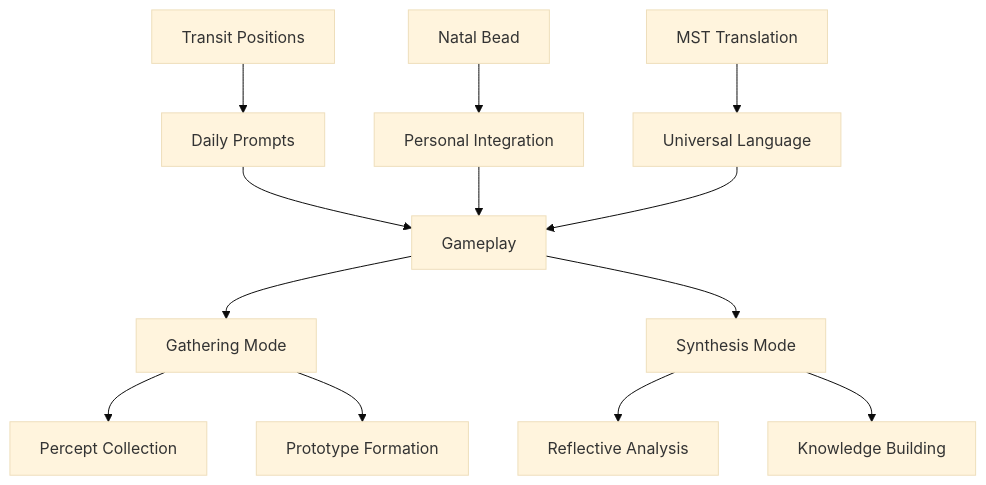
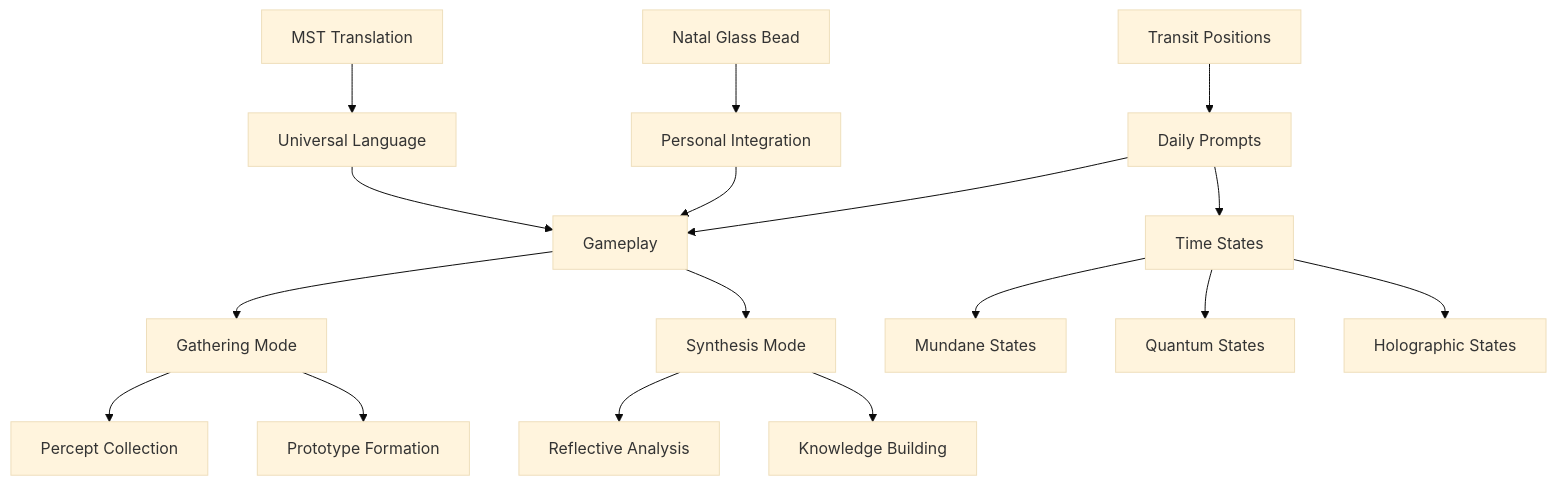
One commit to heavyblotto/memorativa changed the second of 5 diagrams in docs/2. the cybernetic system/memorativa-2-23-gameplay.md. Above: the diagram before and after it, drawn with Mermaid (base theme). The commit also changed other lines of this file and 8 other files, not shown here.

````diff
--- a/docs/2. the cybernetic system/memorativa-2-23-gameplay.md
+++ b/docs/2. the cybernetic system/memorativa-2-23-gameplay.md
@@ -78,19 +187,24 @@
 ```mermaid
 graph TD
     TP[Transit Positions] --> DP[Daily Prompts]
-    NB[Natal Bead] --> PI[Personal Integration]
+    NB[Natal Glass Bead] --> PI[Personal Integration]
     MST[MST Translation] --> UL[Universal Language]
     
     DP --> GP[Gameplay]
     PI --> GP
     UL --> GP
     
     GP --> GM[Gathering Mode]
     GP --> SM[Synthesis Mode]
     
     GM --> PC[Percept Collection]
     GM --> PF[Prototype Formation]
     
     SM --> RA[Reflective Analysis]
     SM --> KB[Knowledge Building]
+    
+    DP --> TS[Time States]
+    TS --> MU[Mundane States]
+    TS --> QU[Quantum States]
+    TS --> HO[Holographic States]
 ```
````
